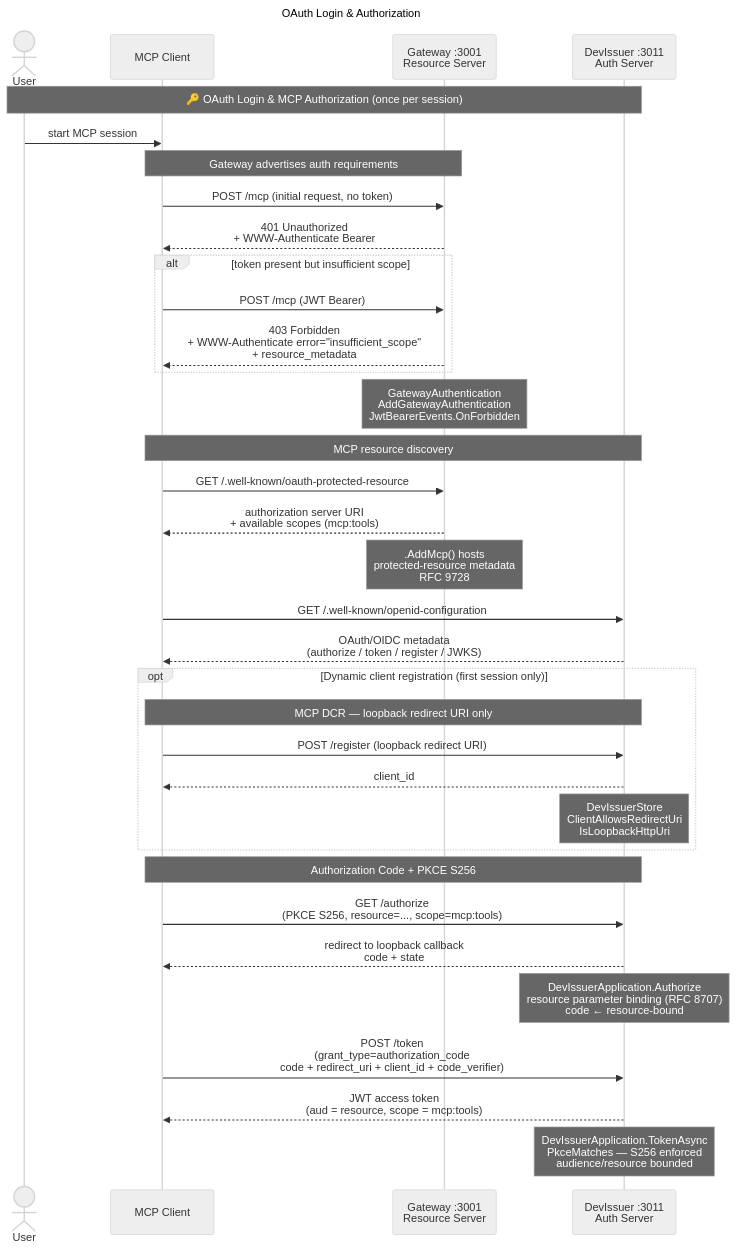
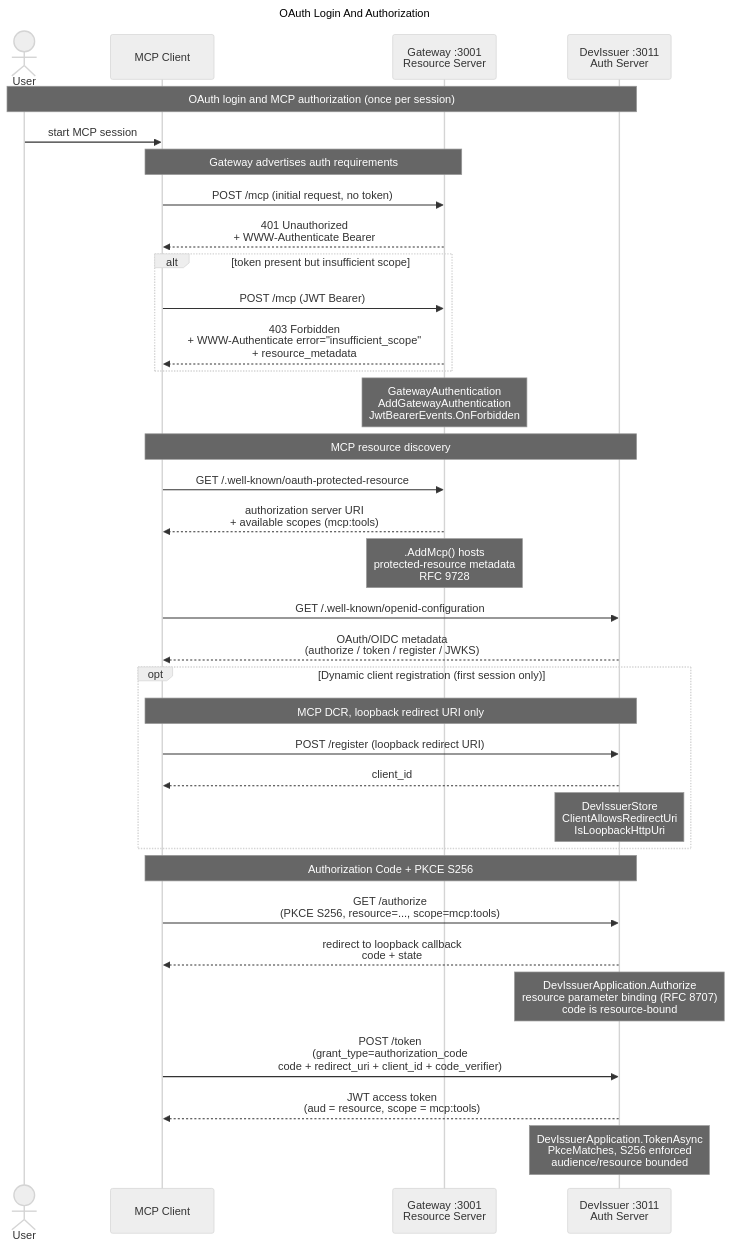
One commit to mirusser/Kubernetes-MCP-Guard changed the second of 7 diagrams in docs/architecture.md. Above: the diagram before and after it, drawn with Mermaid (neutral theme). The commit also changed other lines of this file and 1 other file, not shown here.

````diff
--- a/docs/architecture.md
+++ b/docs/architecture.md
@@ -9,45 +79,45 @@
 ```mermaid
 ---
-title: OAuth Login & Authorization
+title: OAuth Login And Authorization
 ---
 sequenceDiagram
     actor User
     participant Client as MCP Client
     participant GW as Gateway :3001<br/>Resource Server
     participant Issuer as DevIssuer :3011<br/>Auth Server
 
-    Note over User,Issuer: 🔑 OAuth Login & MCP Authorization (once per session)
+    Note over User,Issuer: OAuth login and MCP authorization (once per session)
 
     User->>Client: start MCP session
 
     Note over Client,GW: Gateway advertises auth requirements
     Client->>GW: POST /mcp (initial request, no token)
     GW-->>Client: 401 Unauthorized<br/>+ WWW-Authenticate Bearer
     alt token present but insufficient scope
         Client->>GW: POST /mcp (JWT Bearer)
         GW-->>Client: 403 Forbidden<br/>+ WWW-Authenticate error="insufficient_scope"<br/>+ resource_metadata
     end
     Note over GW: GatewayAuthentication<br/>AddGatewayAuthentication<br/>JwtBearerEvents.OnForbidden
 
     Note over Client,Issuer: MCP resource discovery
     Client->>GW: GET /.well-known/oauth-protected-resource
     GW-->>Client: authorization server URI<br/>+ available scopes (mcp:tools)
     Note over GW: .AddMcp() hosts<br/>protected-resource metadata<br/>RFC 9728
     Client->>Issuer: GET /.well-known/openid-configuration
     Issuer-->>Client: OAuth/OIDC metadata<br/>(authorize / token / register / JWKS)
 
     opt Dynamic client registration (first session only)
-        Note over Client,Issuer: MCP DCR — loopback redirect URI only
+        Note over Client,Issuer: MCP DCR, loopback redirect URI only
         Client->>Issuer: POST /register (loopback redirect URI)
         Issuer-->>Client: client_id
         Note over Issuer: DevIssuerStore<br/>ClientAllowsRedirectUri<br/>IsLoopbackHttpUri
     end
 
     Note over Client,Issuer: Authorization Code + PKCE S256
     Client->>Issuer: GET /authorize<br/>(PKCE S256, resource=..., scope=mcp:tools)
     Issuer-->>Client: redirect to loopback callback<br/>code + state
-    Note over Issuer: DevIssuerApplication.Authorize<br/>resource parameter binding (RFC 8707)<br/>code ← resource-bound
+    Note over Issuer: DevIssuerApplication.Authorize<br/>resource parameter binding (RFC 8707)<br/>code is resource-bound
     Client->>Issuer: POST /token<br/>(grant_type=authorization_code<br/>code + redirect_uri + client_id + code_verifier)
     Issuer-->>Client: JWT access token<br/>(aud = resource, scope = mcp:tools)
-    Note over Issuer: DevIssuerApplication.TokenAsync<br/>PkceMatches — S256 enforced<br/>audience/resource bounded
+    Note over Issuer: DevIssuerApplication.TokenAsync<br/>PkceMatches, S256 enforced<br/>audience/resource bounded
 ```
````
